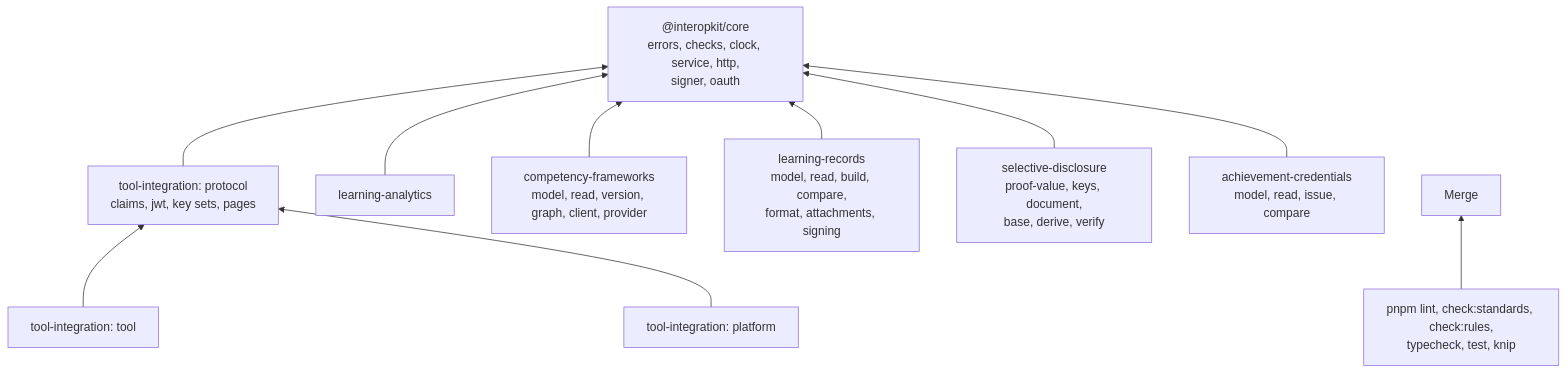
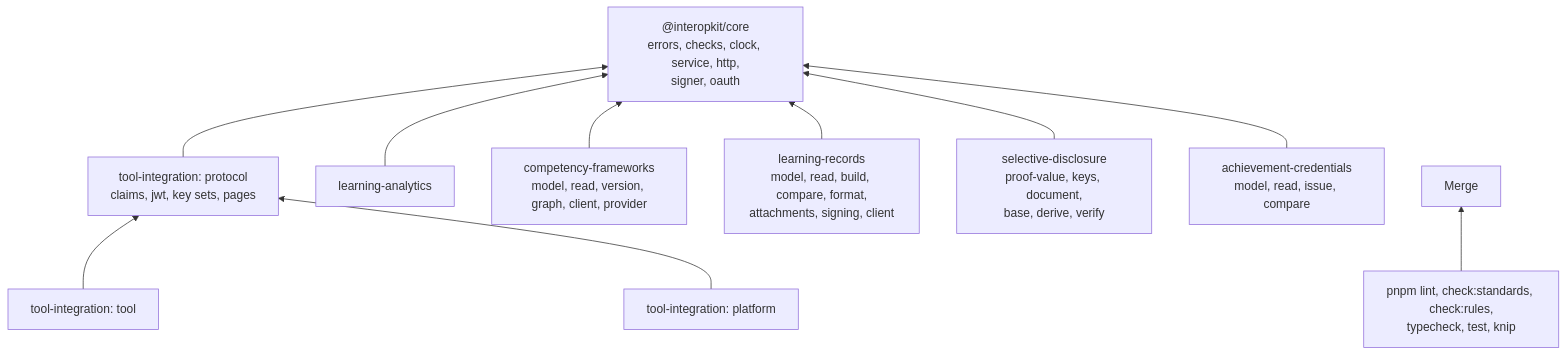
One commit to interopkit/interopkit changed the diagram in AGENTS.md. Above: the diagram before and after it, drawn with Mermaid. The commit also changed other lines of this file and 46 other files, not shown here.

First line of the commit message:
Add the client of an LRS to learning-records

````diff
--- a/AGENTS.md
+++ b/AGENTS.md
@@ -15,21 +15,21 @@
 ```mermaid
 flowchart BT
   core["@interopkit/core<br/>errors, checks, clock, service, http,<br/>signer, oauth"]
   proto["tool-integration: protocol<br/>claims, jwt, key sets, pages"]
   tool["tool-integration: tool"]
   plat["tool-integration: platform"]
   la["learning-analytics"]
   cf["competency-frameworks<br/>model, read, version, graph, client, provider"]
-  lr["learning-records<br/>model, read, build, compare,<br/>format, attachments, signing"]
+  lr["learning-records<br/>model, read, build, compare, format,<br/>attachments, signing, client"]
   sd["selective-disclosure<br/>proof-value, keys, document,<br/>base, derive, verify"]
   ac["achievement-credentials<br/>model, read, issue, compare"]
   proto --> core
   tool --> proto
   plat --> proto
   la --> core
   cf --> core
   lr --> core
   sd --> core
   ac --> core
   gates["pnpm lint, check:standards, check:rules,<br/>typecheck, test, knip"] --> merge["Merge"]
 ```
````
